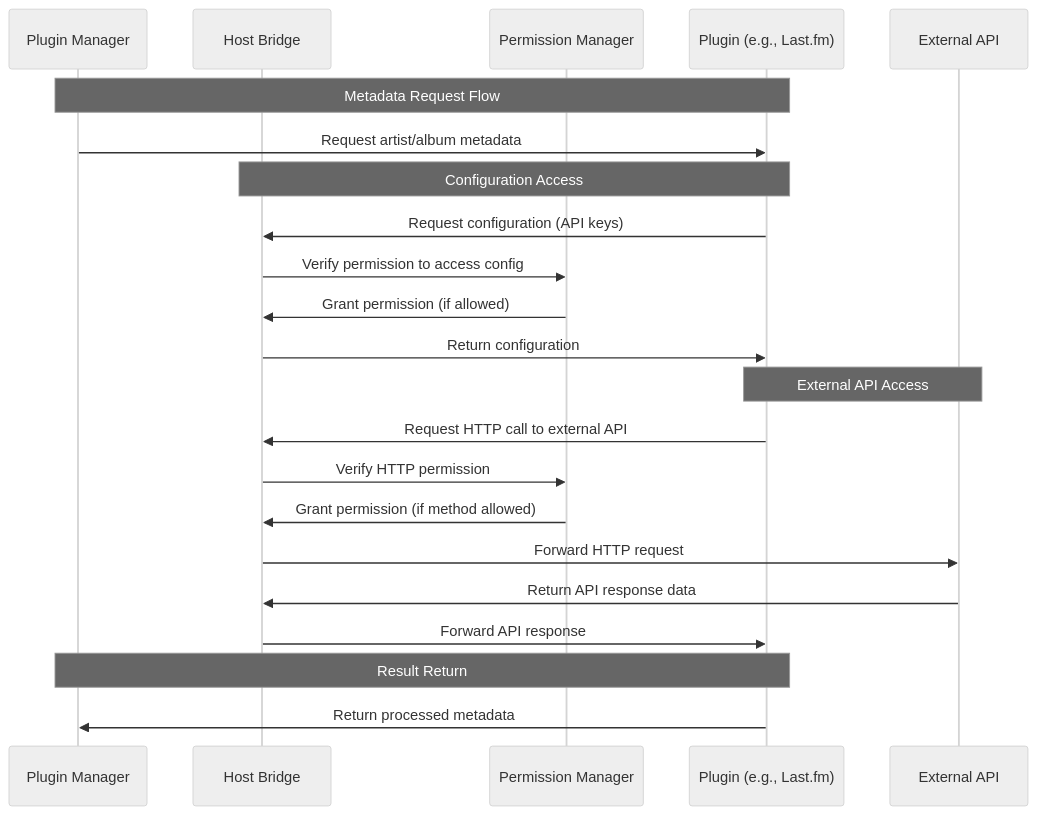
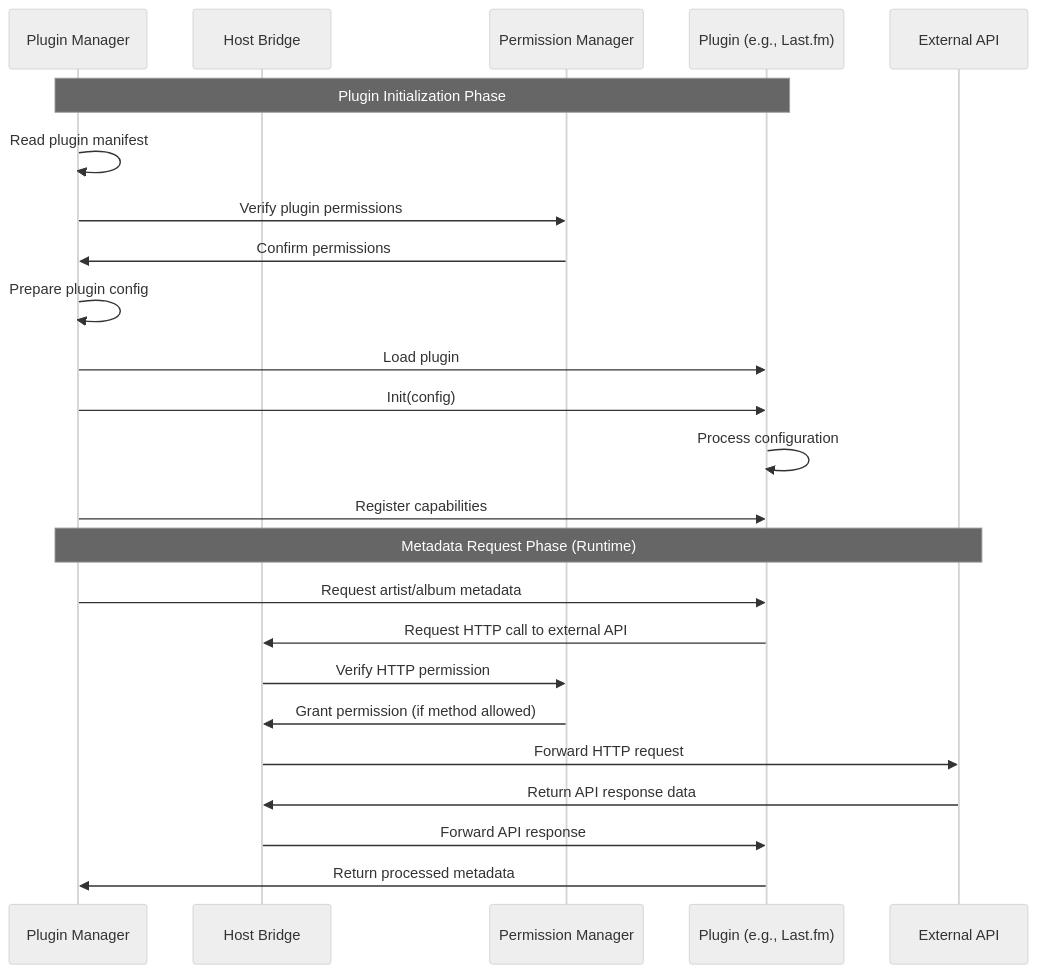
Before and after one commit to yodhcn/navidrome: the second of 3 diagrams in docs/hld-plugins.md, drawn with Mermaid (neutral theme). The commit also changed other lines of this file, not shown here.

Commit message:
Update plugin initialization flow to pass configuration during Init()

````diff
--- a/docs/hld-plugins.md
+++ b/docs/hld-plugins.md
@@ -114,28 +114,30 @@
 ```mermaid
 sequenceDiagram
     participant PM as Plugin Manager
     participant HB as Host Bridge
     participant PermMgr as Permission Manager
     participant Plugin as Plugin (e.g., Last.fm)
     participant External as External API
 
-    Note over PM,Plugin: Metadata Request Flow
+    Note over PM,Plugin: Plugin Initialization Phase
+    PM->>PM: Read plugin manifest
+    PM->>PermMgr: Verify plugin permissions
+    PermMgr->>PM: Confirm permissions
+    PM->>PM: Prepare plugin config
+    PM->>Plugin: Load plugin
+    PM->>Plugin: Init(config)
+    Plugin->>Plugin: Process configuration
+    PM->>Plugin: Register capabilities
+
+    Note over PM,External: Metadata Request Phase (Runtime)
     PM->>Plugin: Request artist/album metadata
 
-    Note over Plugin,HB: Configuration Access
-    Plugin->>HB: Request configuration (API keys)
-    HB->>PermMgr: Verify permission to access config
-    PermMgr->>HB: Grant permission (if allowed)
-    HB->>Plugin: Return configuration
-
-    Note over Plugin,External: External API Access
     Plugin->>HB: Request HTTP call to external API
     HB->>PermMgr: Verify HTTP permission
     PermMgr->>HB: Grant permission (if method allowed)
     HB->>External: Forward HTTP request
     External->>HB: Return API response data
     HB->>Plugin: Forward API response
 
-    Note over Plugin,PM: Result Return
     Plugin->>PM: Return processed metadata
 ```
````
